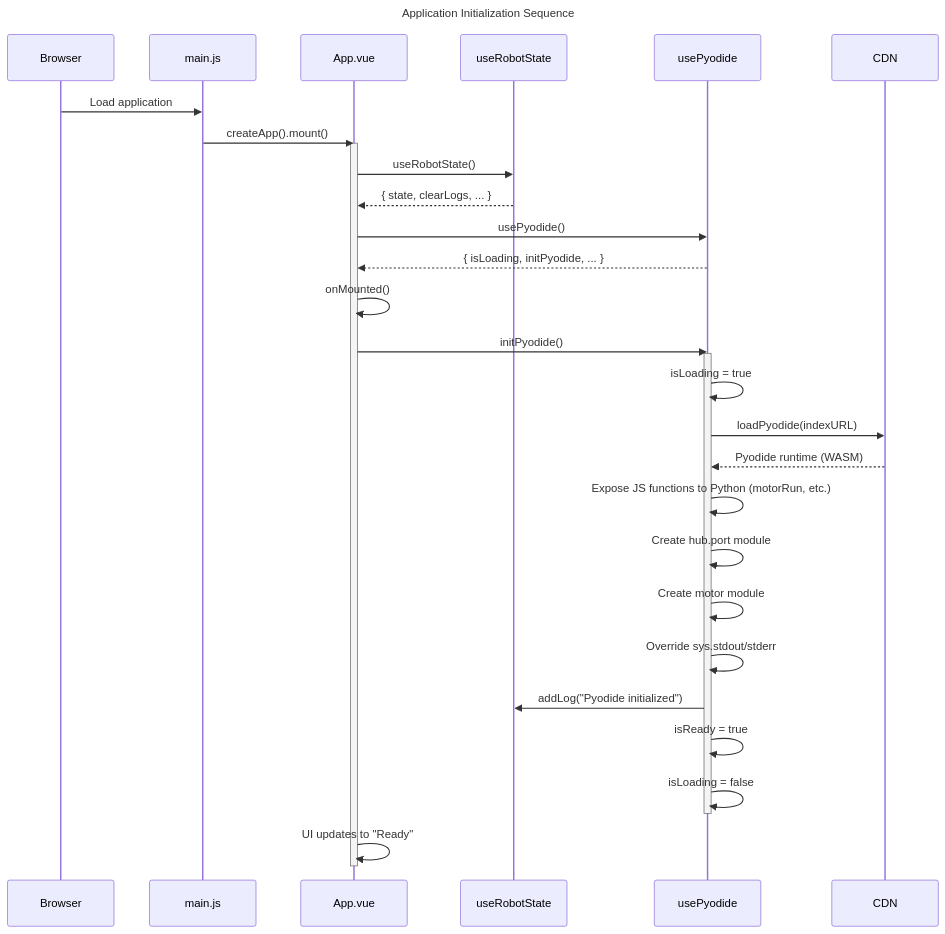
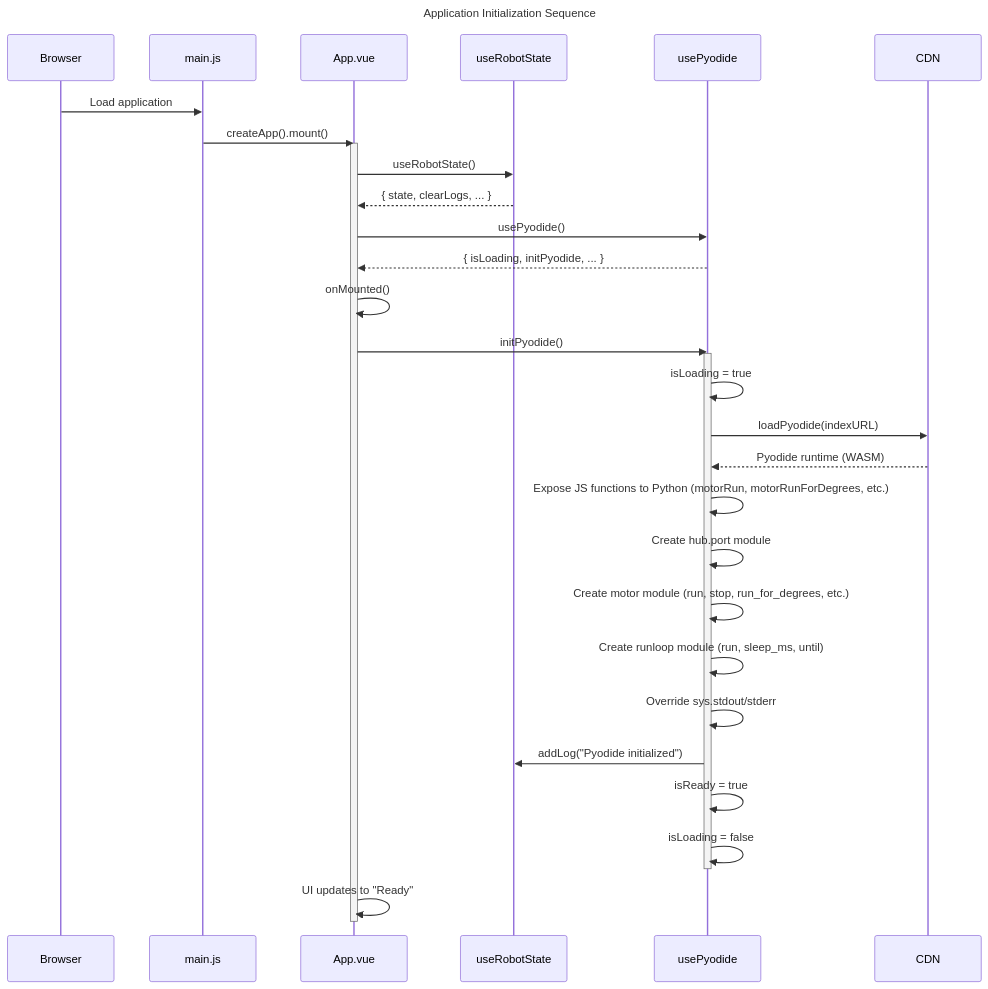
The second of 7 diagrams in docs/code_description.md (amanshaikh75/lego_spike_robot_simulator), drawn with Mermaid before and after one commit. The commit also changed other lines of this file, not shown here.

First line of the commit message:
Update code_description.md with motor.run_for_degrees and runloop docs

````diff
--- a/docs/code_description.md
+++ b/docs/code_description.md
@@ -175,41 +180,42 @@
 ```mermaid
 sequenceDiagram
     title Application Initialization Sequence
     participant Browser
     participant Main as main.js
     participant App as App.vue
     participant State as useRobotState
     participant Pyodide as usePyodide
     participant CDN
 
     Browser->>Main: Load application
     Main->>App: createApp().mount()
     activate App
 
     App->>State: useRobotState()
     State-->>App: { state, clearLogs, ... }
 
     App->>Pyodide: usePyodide()
     Pyodide-->>App: { isLoading, initPyodide, ... }
 
     App->>App: onMounted()
     App->>Pyodide: initPyodide()
     activate Pyodide
 
     Pyodide->>Pyodide: isLoading = true
     Pyodide->>CDN: loadPyodide(indexURL)
     CDN-->>Pyodide: Pyodide runtime (WASM)
 
-    Pyodide->>Pyodide: Expose JS functions to Python (motorRun, etc.)
+    Pyodide->>Pyodide: Expose JS functions to Python (motorRun, motorRunForDegrees, etc.)
     Pyodide->>Pyodide: Create hub.port module
-    Pyodide->>Pyodide: Create motor module
+    Pyodide->>Pyodide: Create motor module (run, stop, run_for_degrees, etc.)
+    Pyodide->>Pyodide: Create runloop module (run, sleep_ms, until)
     Pyodide->>Pyodide: Override sys.stdout/stderr
 
     Pyodide->>State: addLog("Pyodide initialized")
     Pyodide->>Pyodide: isReady = true
     Pyodide->>Pyodide: isLoading = false
     deactivate Pyodide
 
     App->>App: UI updates to "Ready"
     deactivate App
 ```
````
